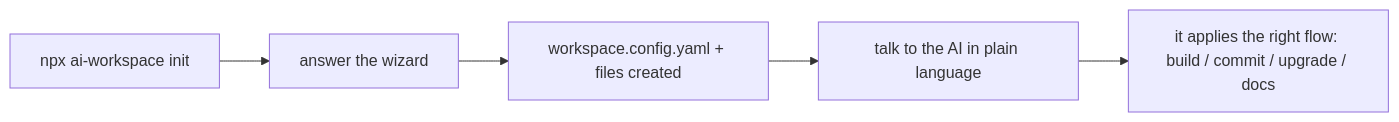
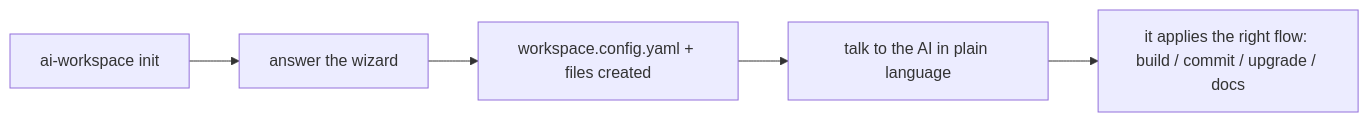
The first of 4 diagrams in README.md (grojof/ai-workspace-generator), drawn with Mermaid before and after one commit. The commit also changed other lines of this file and 9 other files, not shown here.

First line of the commit message:
docs: integrate QUICKSTART into the READMEs and quote Mermaid labels

````diff
--- a/README.md
+++ b/README.md
@@ -51,7 +53,7 @@
 ```mermaid
 flowchart LR
-  A[npx ai-workspace init] --> B[answer the wizard]
+  A[ai-workspace init] --> B[answer the wizard]
   B --> C["workspace.config.yaml + files created"]
   C --> D[talk to the AI in plain language]
   D --> E["it applies the right flow: build / commit / upgrade / docs"]
 ```
````
